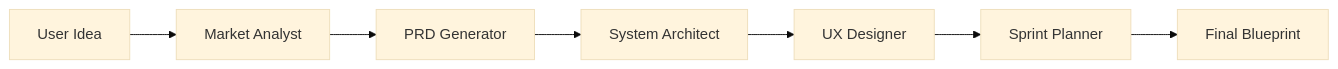
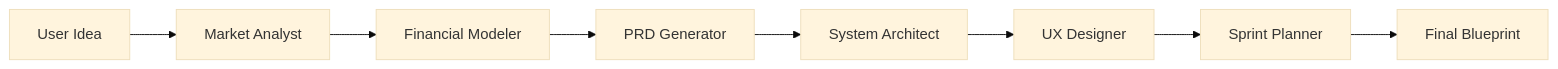
The diagram in README.md (furqanahmadrao/MVP-Agent), drawn with Mermaid (base theme) before and after one commit. The commit also changed other lines of this file and 1 other file, not shown here.

````diff
--- a/README.md
+++ b/README.md
@@ -53,9 +59,10 @@
 ```mermaid
 graph LR
     User[User Idea] --> Analyst[Market Analyst]
-    Analyst --> PRD[PRD Generator]
+    Analyst --> Financial[Financial Modeler]
+    Financial --> PRD[PRD Generator]
     PRD --> Architect[System Architect]
     Architect --> UX[UX Designer]
     UX --> Planner[Sprint Planner]
     Planner --> Output[Final Blueprint]
 ```
````
